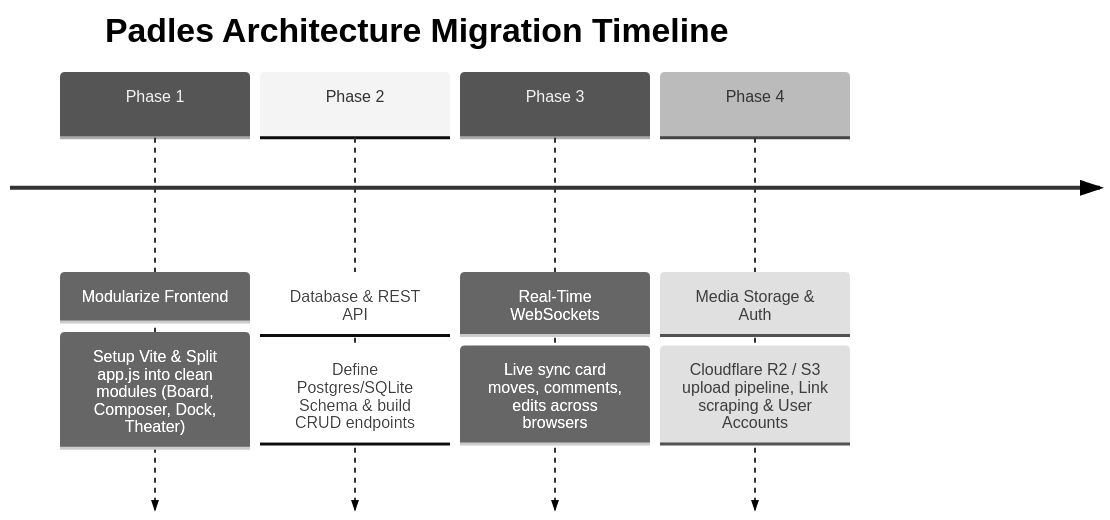
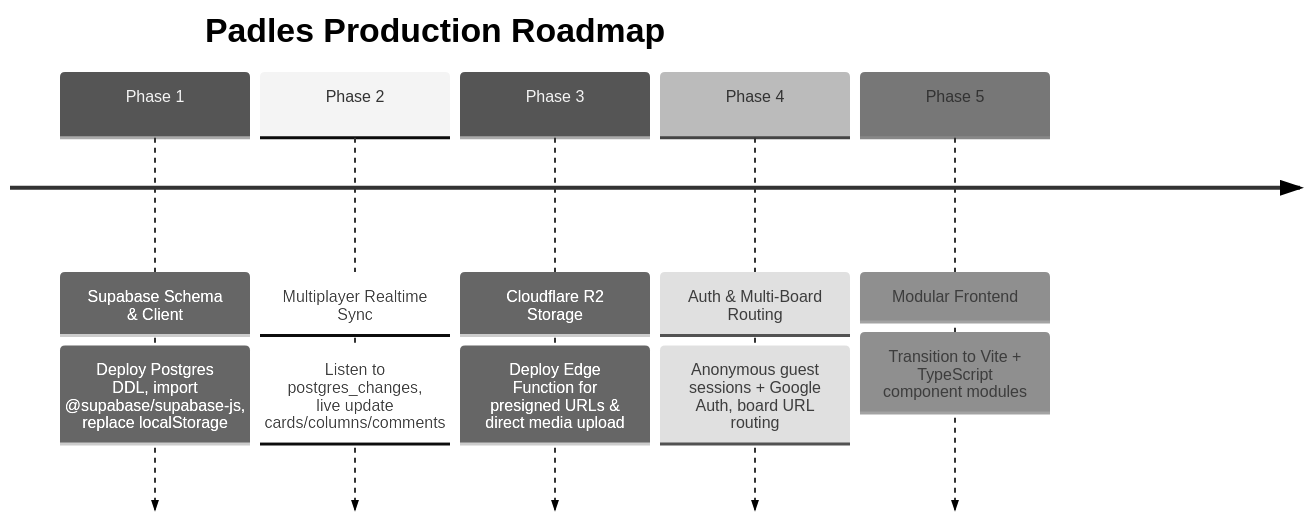
Before and after one commit to fluffykitten/padles: the second of 2 diagrams in docs/architecture_comparison_and_migration_plan.md, drawn with Mermaid (neutral theme). The commit also changed other lines of this file and 1 other file, not shown here.

Commit message:
docs: update production architecture plan with Supabase, Cloudflare R2, and realtime multiplayer DDL schema

````diff
--- a/docs/architecture_comparison_and_migration_plan.md
+++ b/docs/architecture_comparison_and_migration_plan.md
@@ -114,8 +228,9 @@
 ```mermaid
 timeline
-    title Padles Architecture Migration Timeline
-    Phase 1 : Modularize Frontend : Setup Vite & Split app.js into clean modules (Board, Composer, Dock, Theater)
-    Phase 2 : Database & REST API : Define Postgres/SQLite Schema & build CRUD endpoints
-    Phase 3 : Real-Time WebSockets : Live sync card moves, comments, edits across browsers
-    Phase 4 : Media Storage & Auth : Cloudflare R2 / S3 upload pipeline, Link scraping & User Accounts
+    title Padles Production Roadmap
+    Phase 1 : Supabase Schema & Client : Deploy Postgres DDL, import @supabase/supabase-js, replace localStorage
+    Phase 2 : Multiplayer Realtime Sync : Listen to postgres_changes, live update cards/columns/comments
+    Phase 3 : Cloudflare R2 Storage : Deploy Edge Function for presigned URLs & direct media upload
+    Phase 4 : Auth & Multi-Board Routing : Anonymous guest sessions + Google Auth, board URL routing
+    Phase 5 : Modular Frontend : Transition to Vite + TypeScript component modules
 ```
````
